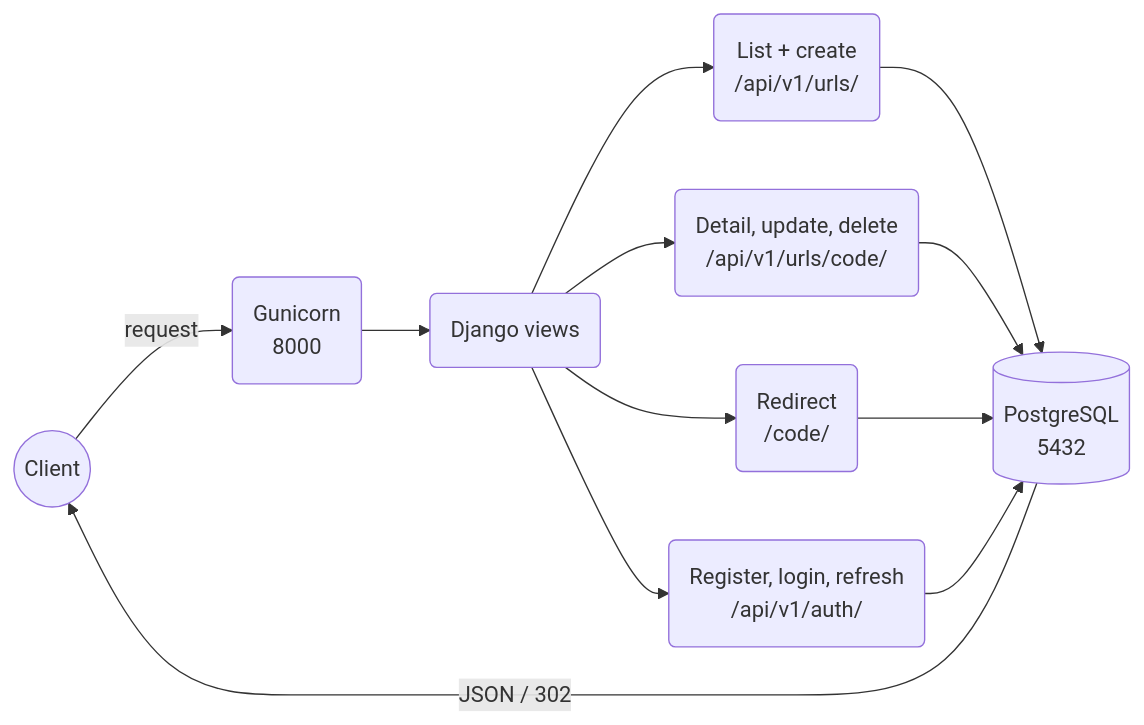
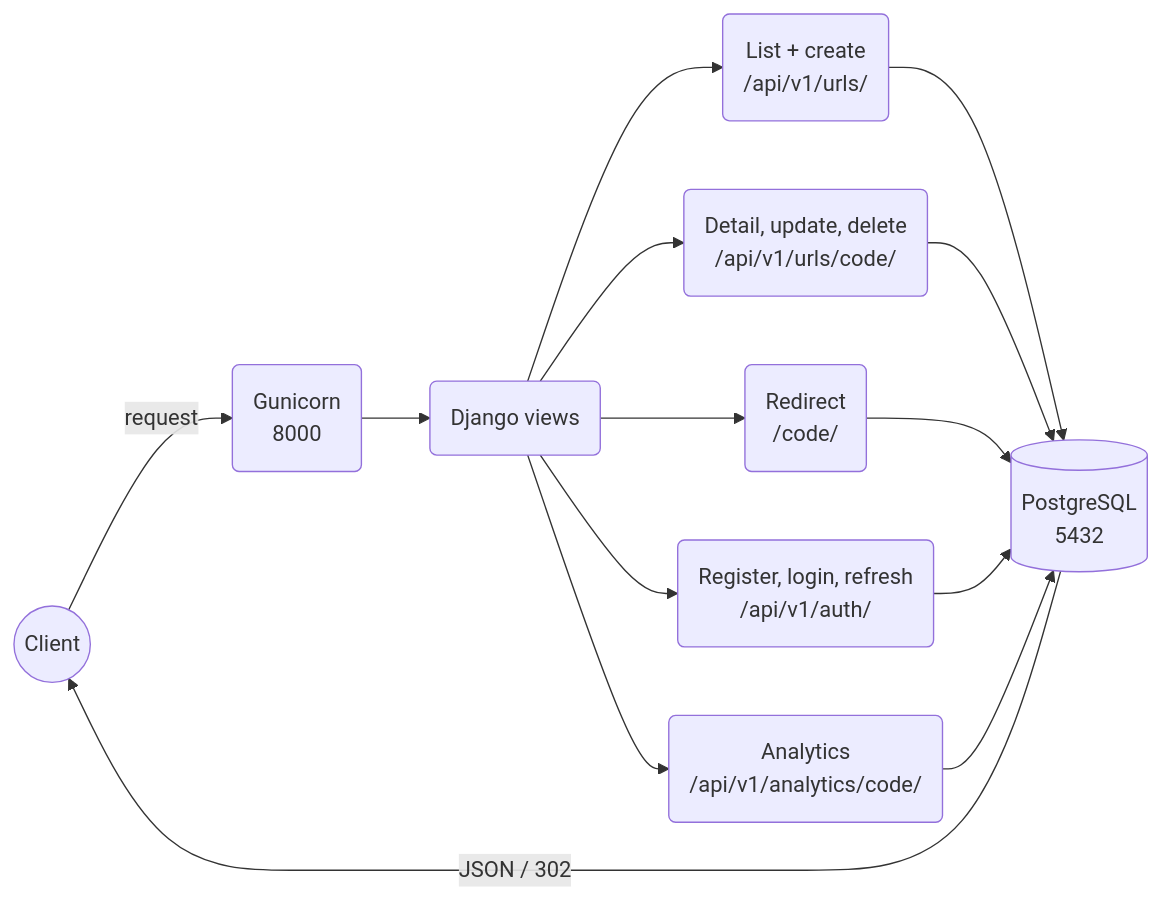
One commit to Molyceo12/AmaliTech_Python_Backend_Labs changed the diagram in DJANGO/url-shortener-microservice/README.md. Above: the diagram before and after it, drawn with Mermaid. The commit also changed other lines of this file, not shown here.

Commit message:
Document analytics in README

````diff
--- a/DJANGO/url-shortener-microservice/README.md
+++ b/DJANGO/url-shortener-microservice/README.md
@@ -13,17 +13,19 @@
 ```mermaid
 graph LR
     Client((Client)) -->|request| Gunicorn(Gunicorn<br/>8000)
     Gunicorn --> Views(Django views)
 
     Views --> A(List + create<br/>/api/v1/urls/)
     Views --> B(Detail, update, delete<br/>/api/v1/urls/code/)
     Views --> C(Redirect<br/>/code/)
     Views --> D(Register, login, refresh<br/>/api/v1/auth/)
+    Views --> E(Analytics<br/>/api/v1/analytics/code/)
 
     A --> DB[(PostgreSQL<br/>5432)]
     B --> DB
     C --> DB
     D --> DB
+    E --> DB
 
     DB -->|JSON / 302| Client
 ```
````
